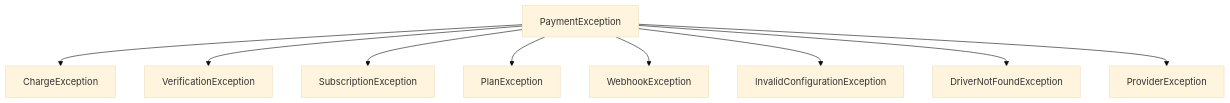
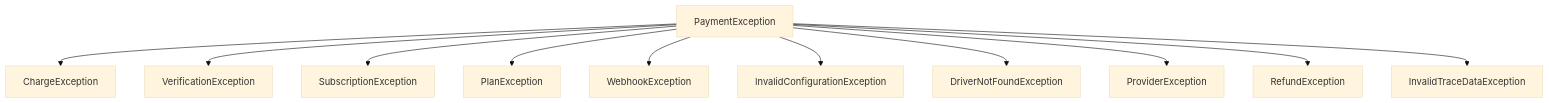
The diagram in docs/error-handling.md (ken-de-nigerian/payzephyr), drawn with Mermaid (base theme) before and after one commit. The commit also changed other lines of this file and 3 other files, not shown here.

````diff
--- a/docs/error-handling.md
+++ b/docs/error-handling.md
@@ -9,11 +9,13 @@
 ```mermaid
 flowchart TD
     A[PaymentException] --> B[ChargeException]
     A --> C[VerificationException]
     A --> D[SubscriptionException]
     A --> E[PlanException]
     A --> F[WebhookException]
     A --> G[InvalidConfigurationException]
     A --> H[DriverNotFoundException]
     A --> I[ProviderException]
+    A --> J[RefundException]
+    A --> K[InvalidTraceDataException]
 ```
````
